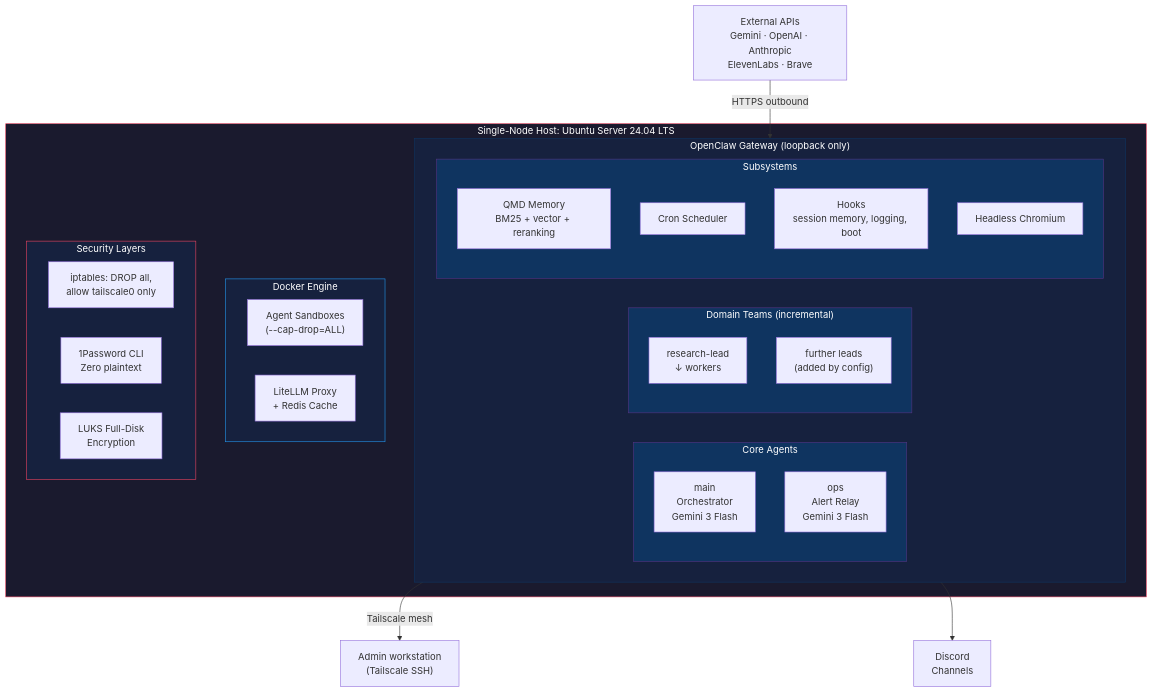
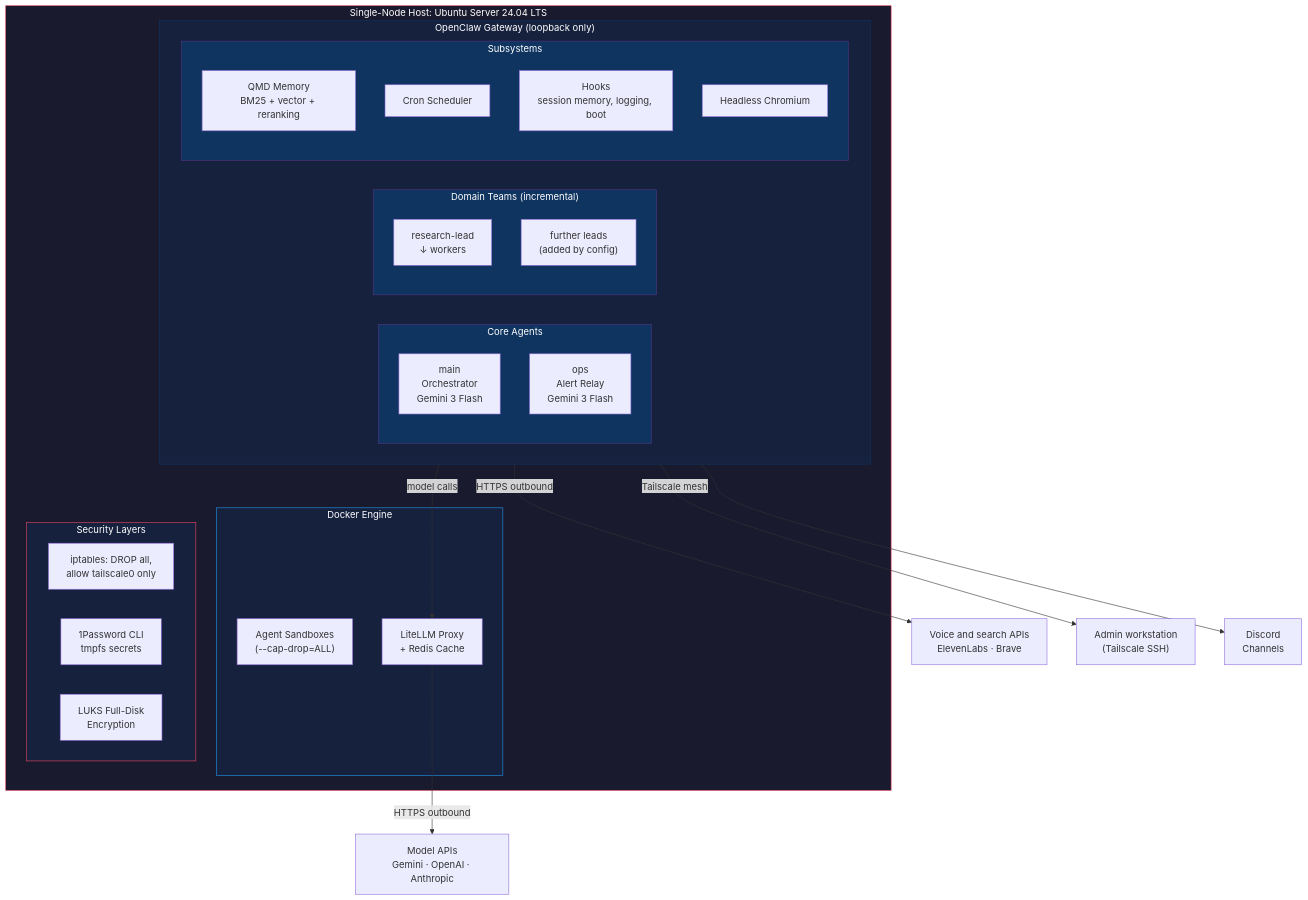
The diagram in README.md (AIJSAI/hive-showcase), drawn with Mermaid before and after one commit. The commit also changed other lines of this file and 1 other file, not shown here.

````diff
--- a/README.md
+++ b/README.md
@@ -23,42 +23,44 @@
 ```mermaid
 graph TB
     subgraph Host["Single-Node Host: Ubuntu Server 24.04 LTS"]
         subgraph Gateway["OpenClaw Gateway (loopback only)"]
             subgraph Core["Core Agents"]
                 main["main<br/>Orchestrator<br/>Gemini 3 Flash"]
                 ops["ops<br/>Alert Relay<br/>Gemini 3 Flash"]
             end
             subgraph Teams["Domain Teams (incremental)"]
                 research["research-lead<br/>↓ workers"]
                 more["further leads<br/>(added by config)"]
             end
             subgraph Subs["Subsystems"]
                 qmd["QMD Memory<br/>BM25 + vector + reranking"]
                 cron["Cron Scheduler"]
                 hooks["Hooks<br/>session memory, logging, boot"]
                 chromium["Headless Chromium"]
             end
         end
         subgraph Docker["Docker Engine"]
             sandbox["Agent Sandboxes<br/>(--cap-drop=ALL)"]
             litellm["LiteLLM Proxy<br/>+ Redis Cache"]
         end
         subgraph Security["Security Layers"]
             ipt["iptables: DROP all,<br/>allow tailscale0 only"]
-            op["1Password CLI<br/>Zero plaintext"]
+            op["1Password CLI<br/>tmpfs secrets"]
             luks["LUKS Full-Disk<br/>Encryption"]
         end
     end
 
-    APIs["External APIs<br/>Gemini · OpenAI · Anthropic<br/>ElevenLabs · Brave"] -->|HTTPS outbound| Gateway
+    Gateway -->|model calls| litellm
+    litellm -->|HTTPS outbound| APIs["Model APIs<br/>Gemini · OpenAI · Anthropic"]
+    Gateway -->|HTTPS outbound| Tools["Voice and search APIs<br/>ElevenLabs · Brave"]
     Gateway -->|Tailscale mesh| Mac["Admin workstation<br/>(Tailscale SSH)"]
     Gateway --> Discord["Discord<br/>Channels"]
 
     style Host fill:#1a1a2e,stroke:#e94560,color:#fff
     style Gateway fill:#16213e,stroke:#0f3460,color:#fff
     style Core fill:#0f3460,stroke:#533483,color:#fff
     style Teams fill:#0f3460,stroke:#533483,color:#fff
     style Subs fill:#0f3460,stroke:#533483,color:#fff
     style Docker fill:#16213e,stroke:#2496ED,color:#fff
     style Security fill:#16213e,stroke:#e94560,color:#fff
 ```
````
